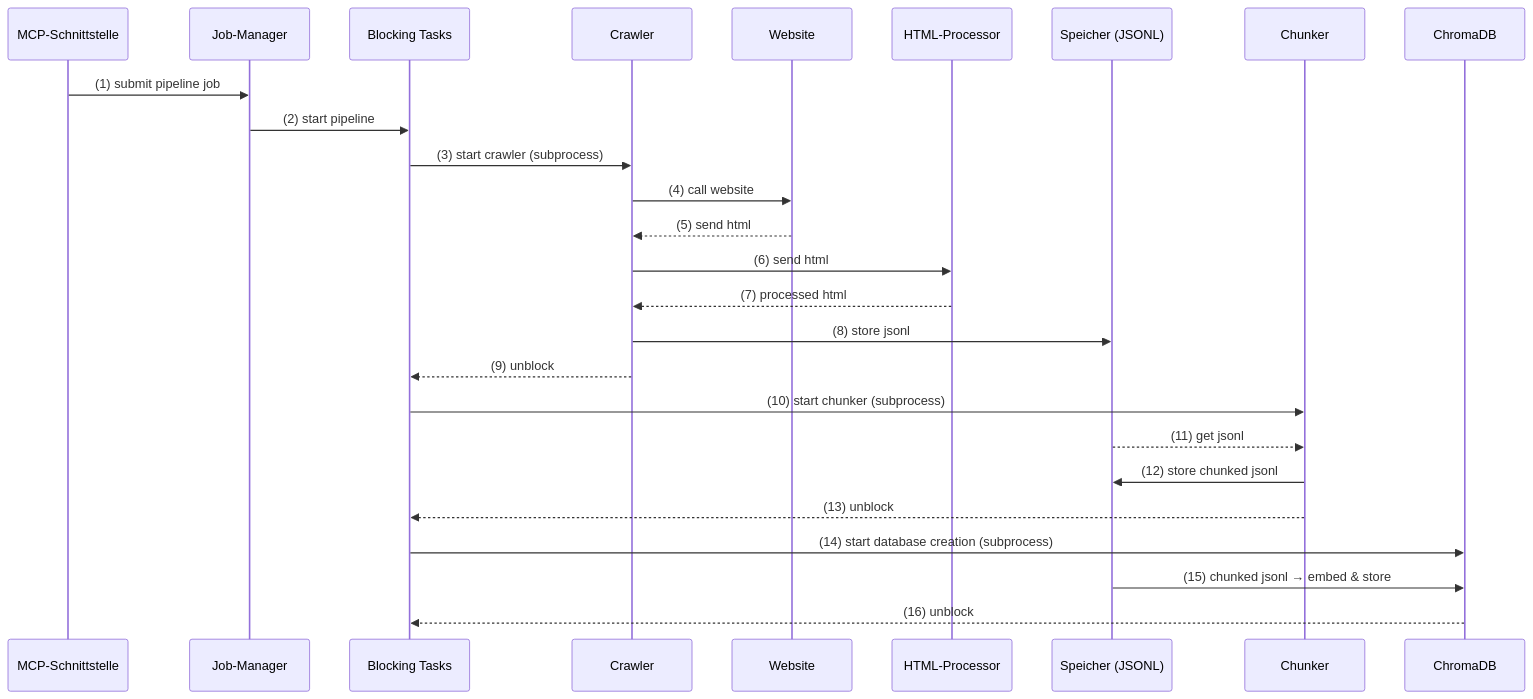
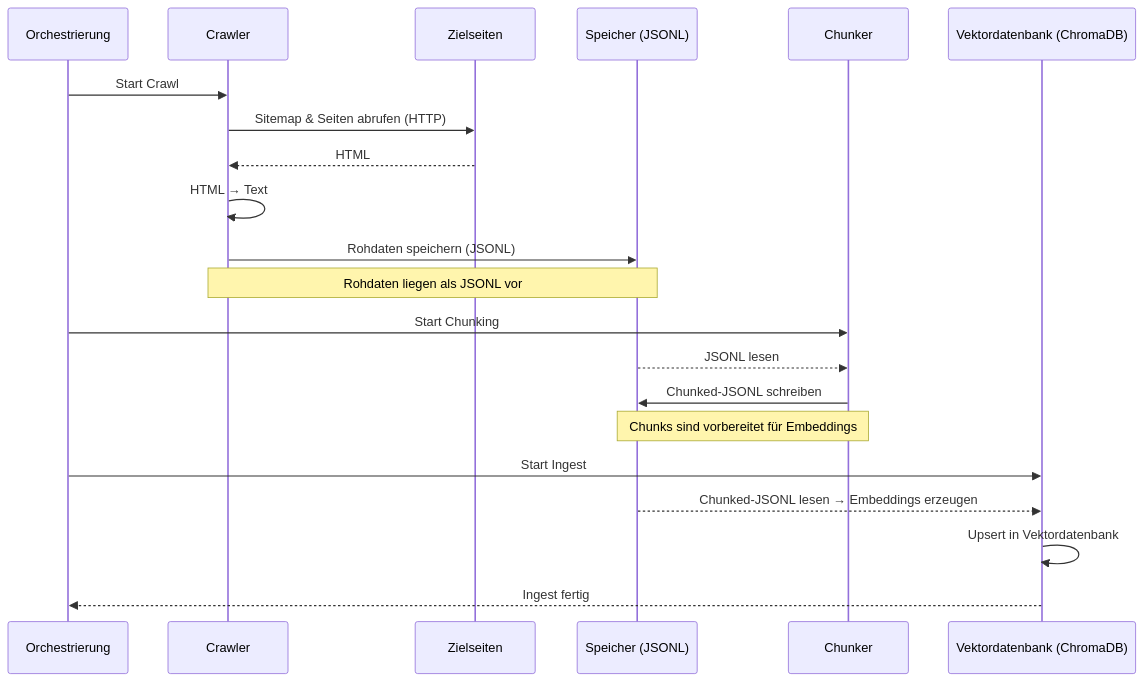
The first of 2 diagrams in README.md (tobiask42/mcp_server_docs), drawn with Mermaid before and after one commit. The commit also changed other lines of this file, not shown here.

Commit message:
improved readme with mermaid graphics and changed content to match changes in the code

````diff
--- a/README.md
+++ b/README.md
@@ -9,29 +9,32 @@
 ```mermaid
 sequenceDiagram
-  participant A as MCP-Schnittstelle
-  participant B as Job-Manager
-  participant H as Blocking Tasks
-  participant C as Crawler
-  participant F as Website
-  participant I as HTML-Processor
-  participant G as Speicher (JSONL)
-  participant D as Chunker
-  participant E as ChromaDB
+    participant O as Orchestrierung
+    participant C as Crawler
+    participant W as Zielseiten
+    participant S as Speicher (JSONL)
+    participant K as Chunker
+    participant V as Vektordatenbank (ChromaDB)
 
-  A->>B: (1) submit pipeline job
-  B->>H: (2) start pipeline
-  H->>C: (3) start crawler (subprocess)
-  C->>F: (4) call website
-  F-->>C: (5) send html
-  C->>I: (6) send html
-  I-->>C: (7) processed html
-  C->>G: (8) store jsonl
-  C-->>H: (9) unblock
-  H->>D: (10) start chunker (subprocess)
-  G-->>D: (11) get jsonl
-  D->>G: (12) store chunked jsonl
-  D-->>H: (13) unblock
-  H->>E: (14) start database creation (subprocess)
-  G->>E: (15) chunked jsonl → embed & store
-  E-->>H: (16) unblock
+    %% 1) Crawl
+    O->>C: Start Crawl
+    C->>W: Sitemap & Seiten abrufen (HTTP)
+    W-->>C: HTML
+    C->>C: HTML → Text
+    C->>S: Rohdaten speichern (JSONL)
+
+    Note over C,S: Rohdaten liegen als JSONL vor
+
+    %% 2) Chunking
+    O->>K: Start Chunking
+    S-->>K: JSONL lesen
+    K->>S: Chunked-JSONL schreiben
+
+    Note over K,S: Chunks sind vorbereitet für Embeddings
+
+    %% 3) Ingest
+    O->>V: Start Ingest
+    S-->>V: Chunked-JSONL lesen → Embeddings erzeugen
+    V->>V: Upsert in Vektordatenbank
+    V-->>O: Ingest fertig
+
 ```
````
